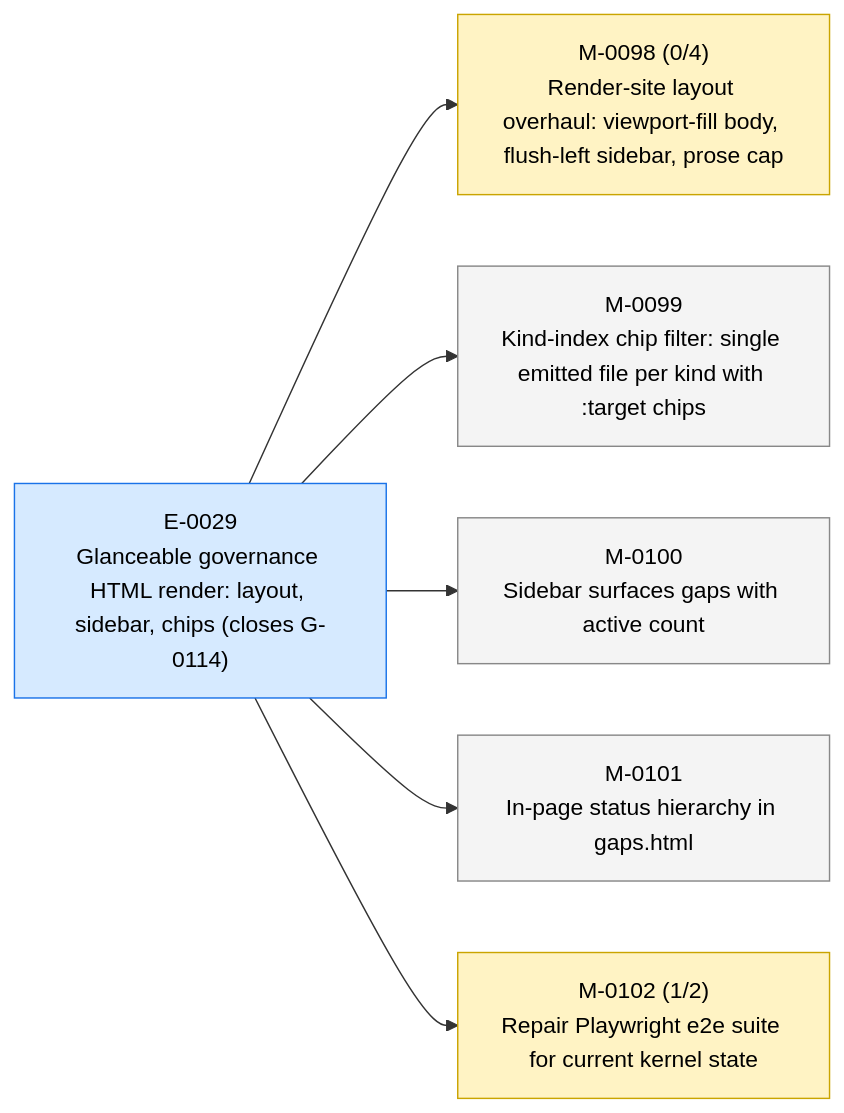
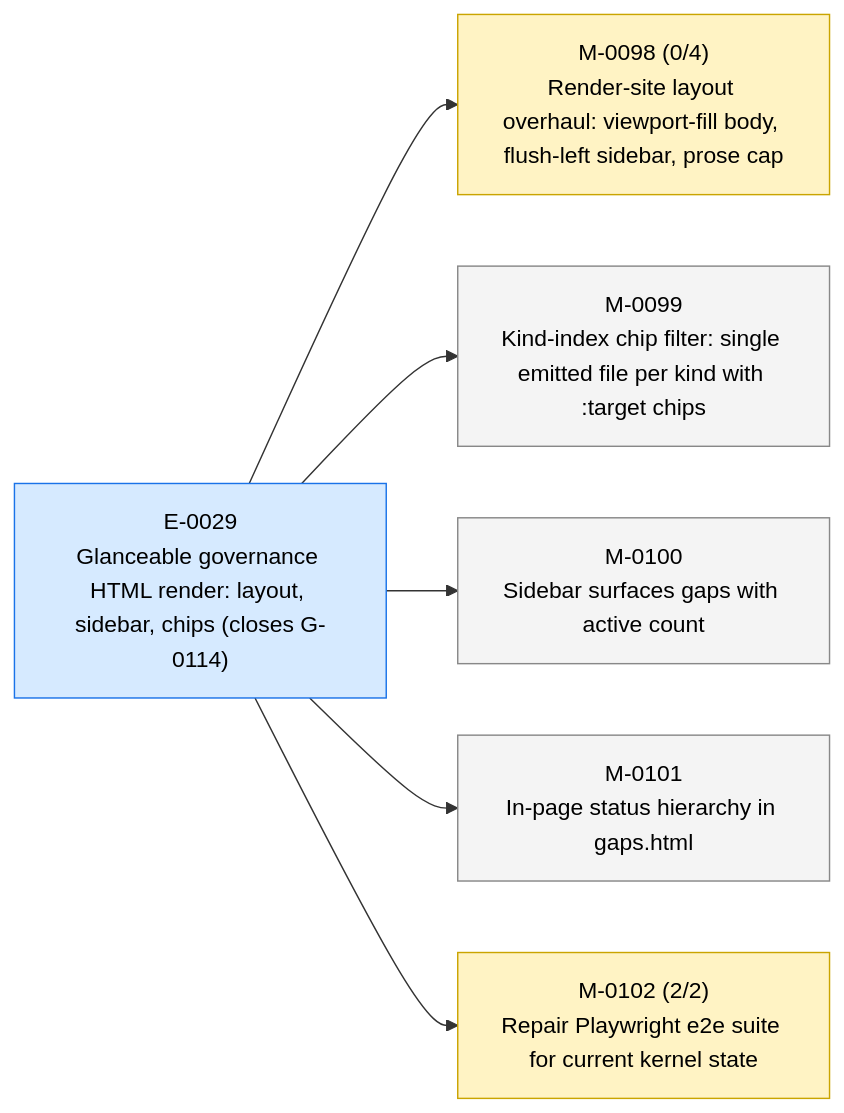
The first of 3 diagrams in STATUS.md (23min/aiwf), drawn with Mermaid before and after one commit. The commit also changed other lines of this file and 1 other file, not shown here.

````diff
--- a/STATUS.md
+++ b/STATUS.md
@@ -17,20 +17,20 @@
 ```mermaid
 flowchart LR
   E_0029["E-0029<br/>Glanceable governance HTML render: layout, sidebar, chips (closes G-0114)"]:::epic_active
   M_0098["M-0098 (0/4)<br/>Render-site layout overhaul: viewport-fill body, flush-left sidebar, prose cap"]:::ms_in_progress
   E_0029 --> M_0098
   M_0099["M-0099<br/>Kind-index chip filter: single emitted file per kind with :target chips"]:::ms_draft
   E_0029 --> M_0099
   M_0100["M-0100<br/>Sidebar surfaces gaps with active count"]:::ms_draft
   E_0029 --> M_0100
   M_0101["M-0101<br/>In-page status hierarchy in gaps.html"]:::ms_draft
   E_0029 --> M_0101
-  M_0102["M-0102 (1/2)<br/>Repair Playwright e2e suite for current kernel state"]:::ms_in_progress
+  M_0102["M-0102 (2/2)<br/>Repair Playwright e2e suite for current kernel state"]:::ms_in_progress
   E_0029 --> M_0102
   classDef epic_active fill:#d6eaff,stroke:#1a73e8,color:#000
   classDef epic_proposed fill:#f4f4f4,stroke:#888,color:#000
   classDef ms_done fill:#d8f5d8,stroke:#2a8a2a,color:#000
   classDef ms_in_progress fill:#fff3c4,stroke:#caa400,color:#000
   classDef ms_draft fill:#f4f4f4,stroke:#888,color:#000
   classDef ms_cancelled fill:#fbeaea,stroke:#c33,color:#000
 ```
````
